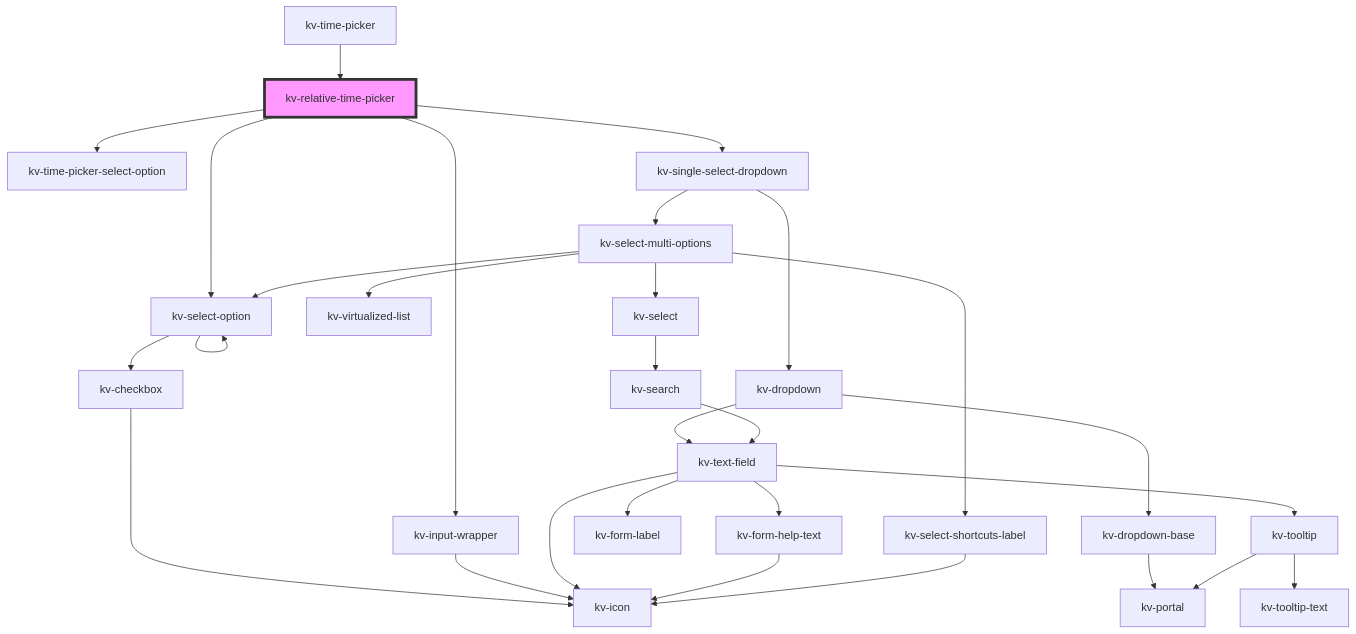
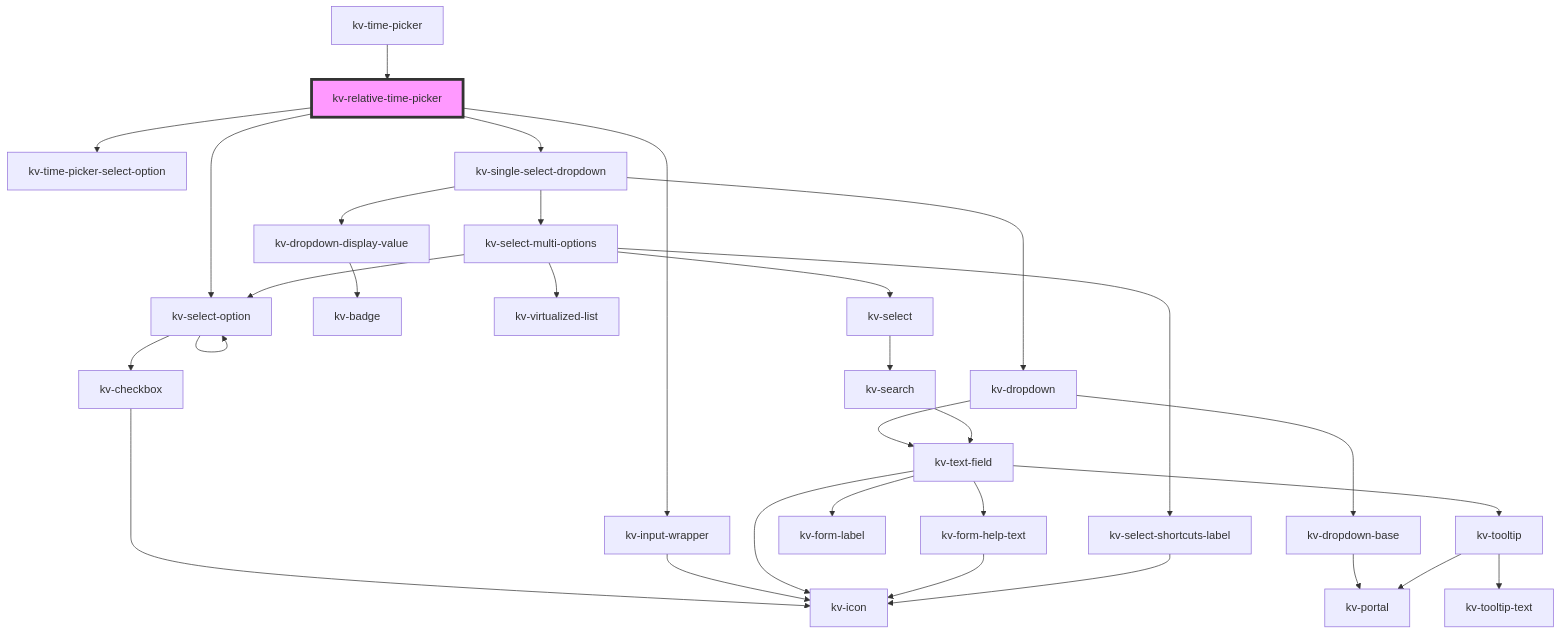
One commit to kelvininc/ui-components changed the diagram in packages/ui-components/src/components/relative-time-picker/readme.md. Above: the diagram before and after it, drawn with Mermaid. The commit also changed 25 other files, not shown here.

Commit message:
feat(dropdowns): add display value prefix and badge

````diff
--- a/packages/ui-components/src/components/relative-time-picker/readme.md
+++ b/packages/ui-components/src/components/relative-time-picker/readme.md
@@ -94,32 +94,34 @@
 ```mermaid
 graph TD;
   kv-relative-time-picker --> kv-time-picker-select-option
   kv-relative-time-picker --> kv-select-option
   kv-relative-time-picker --> kv-input-wrapper
   kv-relative-time-picker --> kv-single-select-dropdown
   kv-select-option --> kv-checkbox
   kv-select-option --> kv-select-option
   kv-checkbox --> kv-icon
   kv-input-wrapper --> kv-icon
   kv-single-select-dropdown --> kv-dropdown
+  kv-single-select-dropdown --> kv-dropdown-display-value
   kv-single-select-dropdown --> kv-select-multi-options
   kv-dropdown --> kv-dropdown-base
   kv-dropdown --> kv-text-field
   kv-dropdown-base --> kv-portal
   kv-text-field --> kv-tooltip
   kv-text-field --> kv-form-label
   kv-text-field --> kv-icon
   kv-text-field --> kv-form-help-text
   kv-tooltip --> kv-portal
   kv-tooltip --> kv-tooltip-text
   kv-form-help-text --> kv-icon
+  kv-dropdown-display-value --> kv-badge
   kv-select-multi-options --> kv-virtualized-list
   kv-select-multi-options --> kv-select-option
   kv-select-multi-options --> kv-select
   kv-select-multi-options --> kv-select-shortcuts-label
   kv-select --> kv-search
   kv-search --> kv-text-field
   kv-select-shortcuts-label --> kv-icon
   kv-time-picker --> kv-relative-time-picker
   style kv-relative-time-picker fill:#f9f,stroke:#333,stroke-width:4px
 ```
````
